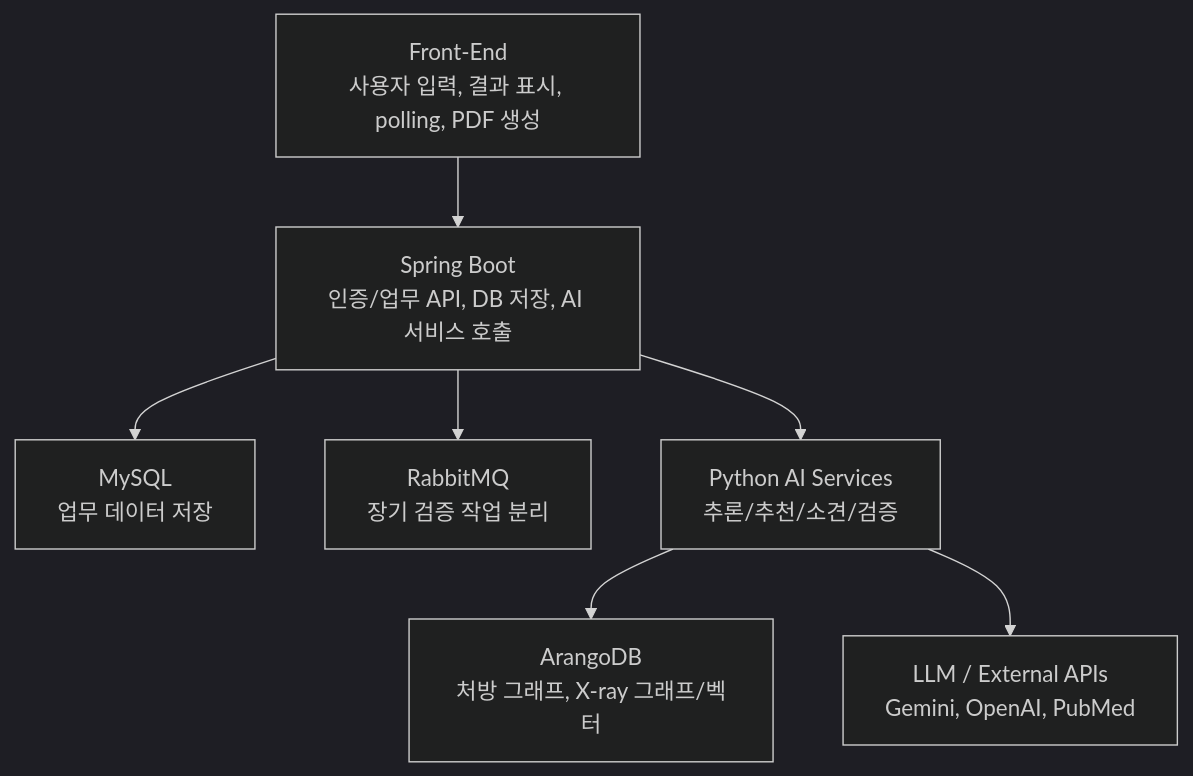
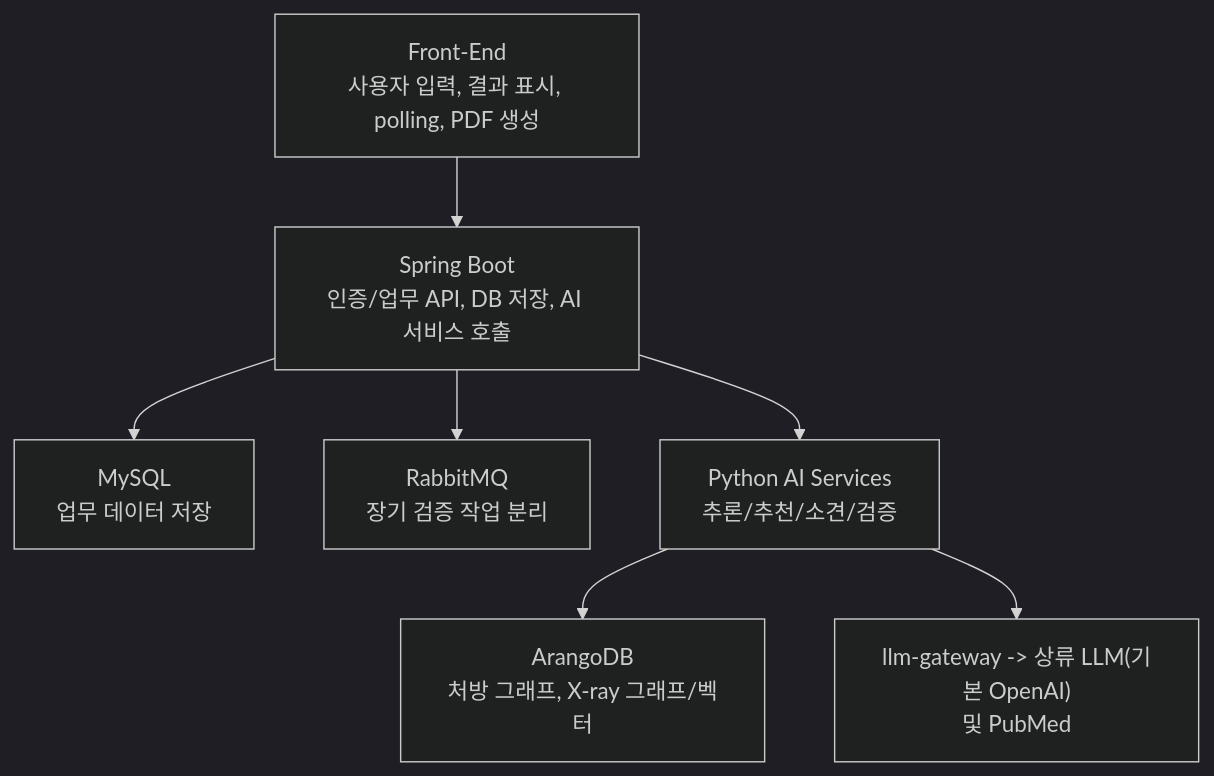
The third of 3 diagrams in Docs/01-system-architecture.md (kjbddo/bitcomputer-emr), drawn with Mermaid (dark theme) before and after one commit. The commit also changed other lines of this file and 11 other files, not shown here.

````diff
--- a/Docs/01-system-architecture.md
+++ b/Docs/01-system-architecture.md
@@ -116,9 +136,9 @@
 ```mermaid
 flowchart TD
   UI["Front-End<br/>사용자 입력, 결과 표시, polling, PDF 생성"] --> API["Spring Boot<br/>인증/업무 API, DB 저장, AI 서비스 호출"]
   API --> Data["MySQL<br/>업무 데이터 저장"]
   API --> Async["RabbitMQ<br/>장기 검증 작업 분리"]
   API --> AI["Python AI Services<br/>추론/추천/소견/검증"]
   AI --> Graph["ArangoDB<br/>처방 그래프, X-ray 그래프/벡터"]
-  AI --> LLM["LLM / External APIs<br/>Gemini, OpenAI, PubMed"]
+  AI --> LLM["llm-gateway -> 상류 LLM(기본 OpenAI)<br/>및 PubMed"]
 ```
````
